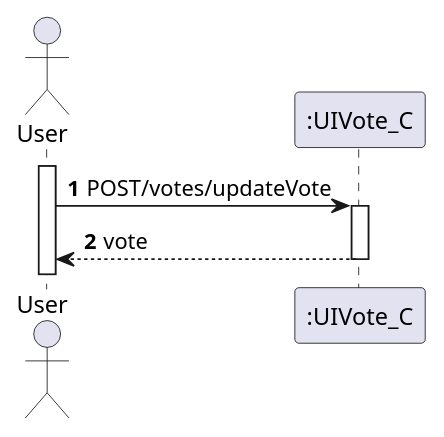
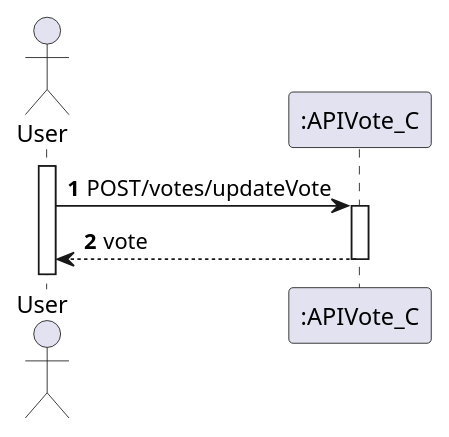
Before and after one commit to 1201441BrunoPereira/Trabalho2Votes: the diagram in Vote1_C/Documentação/N1/Vote.puml, drawn with PlantUML. The commit also changed 8 other files, not shown here.

Commit message:
Atualização Diagramas

```diff
--- a/Vote1_C/Documentação/N1/Vote.puml
+++ b/Vote1_C/Documentação/N1/Vote.puml
@@ -1,15 +1,15 @@
 @startuml
 'https://plantuml.com/sequence-diagram
 
 autoactivate on
 autonumber
 
 actor "User" as User
-participant ":UIVote_C" as vote1
+participant ":APIVote_C" as vote1
 
 activate User
 
 User -> vote1: POST/votes/updateVote
 vote1 --> User: vote
 
 @enduml
```
